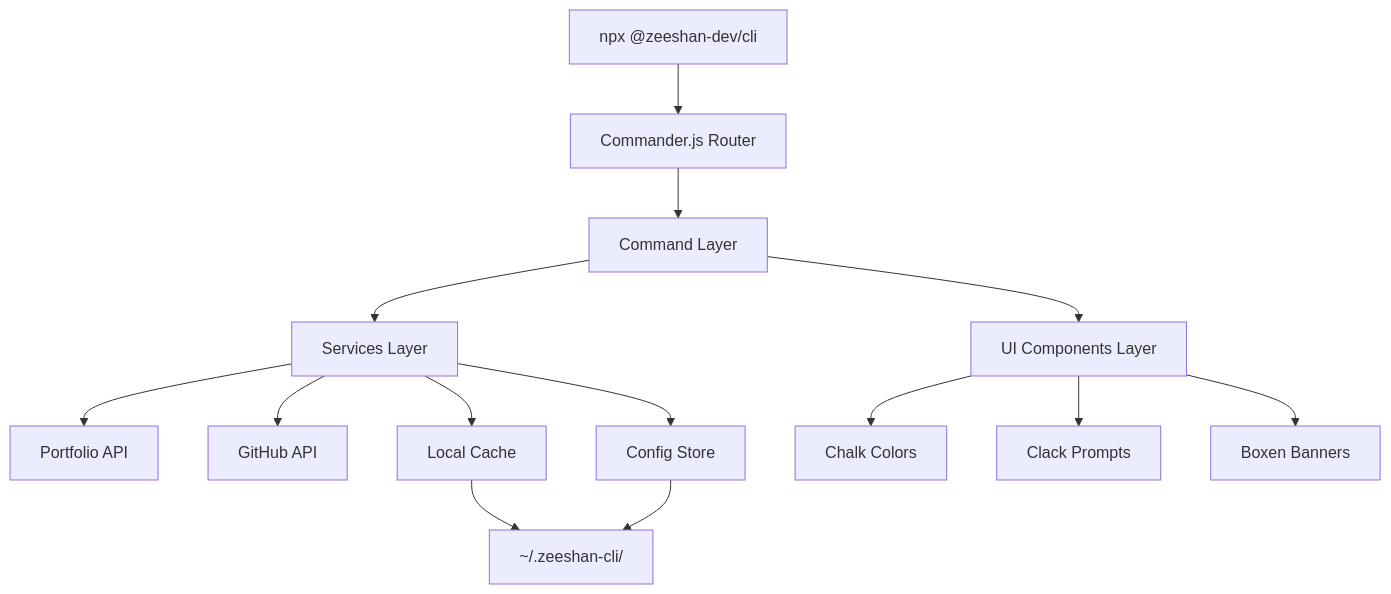
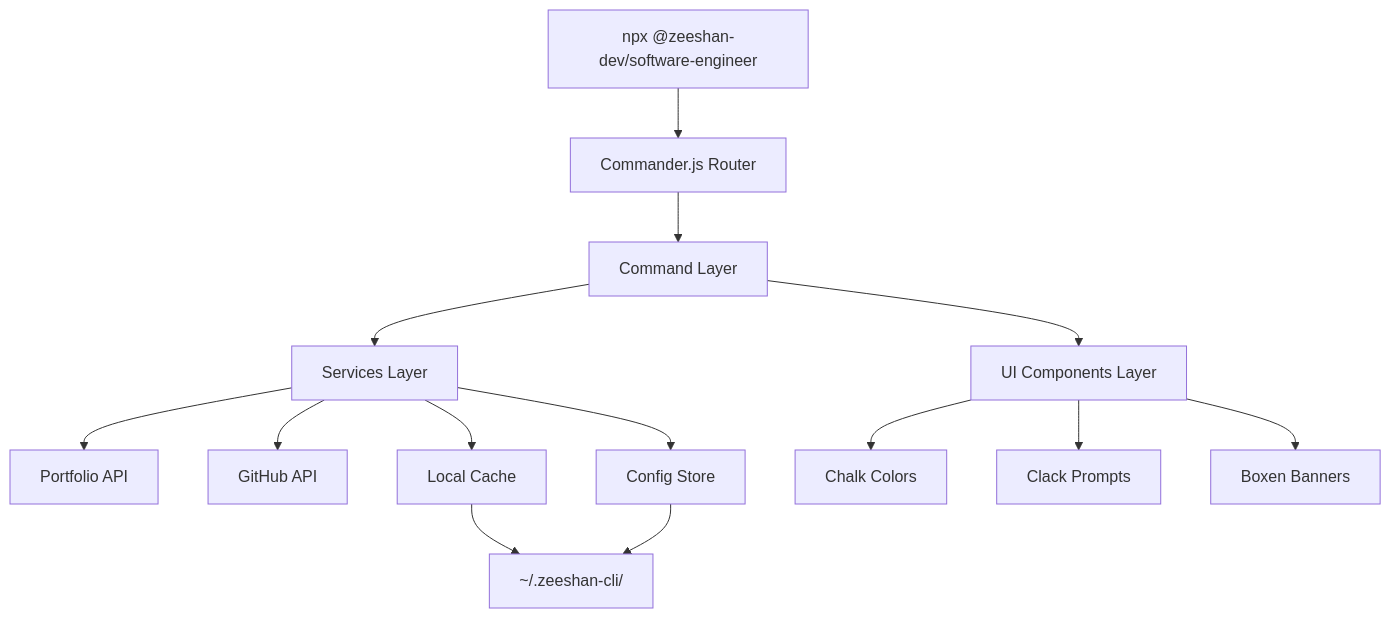
Before and after one commit to mzeeshanh-dev/portfolio-node-cli: the diagram in docs/Architecture.md, drawn with Mermaid. The commit also changed other lines of this file and 5 other files, not shown here.

````diff
--- a/docs/Architecture.md
+++ b/docs/Architecture.md
@@ -7,16 +7,16 @@
 ```mermaid
 graph TD
-    A["npx @zeeshan-dev/cli"] --> B[Commander.js Router]
+    A["npx @zeeshan-dev/software-engineer"] --> B[Commander.js Router]
     B --> C[Command Layer]
     C --> D[Services Layer]
     C --> E[UI Components Layer]
     D --> F[Portfolio API]
     D --> G[GitHub API]
     D --> H[Local Cache]
     D --> I[Config Store]
     E --> J[Chalk Colors]
     E --> K["Clack Prompts"]
     E --> L[Boxen Banners]
     H --> M["~/.zeeshan-cli/"]
     I --> M
 ```
````
